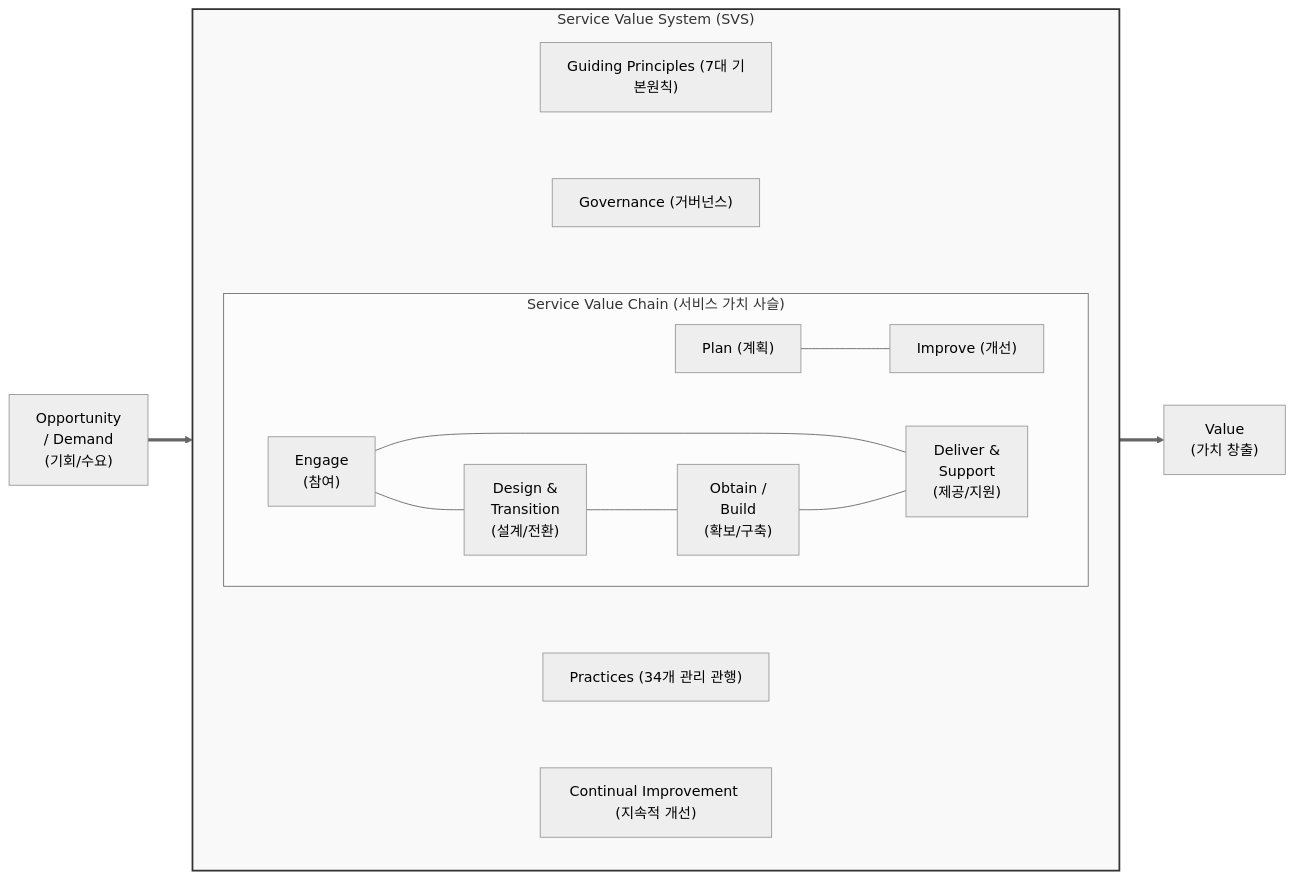
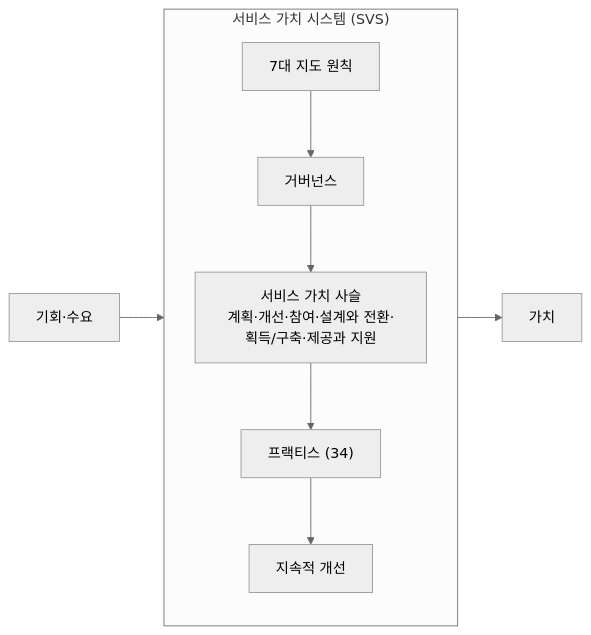
Before and after one commit to supremethumb/supremethumb.github.io: the diagram in content/01_IT Tech/ITIL(IT Infrastructure Library) 4.0.md, drawn with Mermaid (neutral theme). The commit also changed other lines of this file and 1087 other files, not shown here.

````diff
--- a/content/01_IT Tech/ITIL(IT Infrastructure Library) 4.0.md
+++ b/content/01_IT Tech/ITIL(IT Infrastructure Library) 4.0.md
@@ -23,41 +35,10 @@
 ```mermaid
 flowchart LR
-    IN["Opportunity<br/>/ Demand<br/>(기회/수요)"]
-    
-    subgraph SVS["Service Value System (SVS)"]
+    IN["기회·수요"] --> SVS
+    subgraph SVS["서비스 가치 시스템 (SVS)"]
         direction TB
-        GP["Guiding Principles (7대 기본원칙)"]
-        GOV["Governance (거버넌스)"]
-        
-        subgraph SVC["Service Value Chain (서비스 가치 사슬)"]
-            direction LR
-            ENG["Engage<br/>(참여)"]
-            P["Plan (계획)"]
-            I["Improve (개선)"]
-            D["Design &<br/>Transition<br/>(설계/전환)"]
-            O["Obtain /<br/>Build<br/>(확보/구축)"]
-            DS["Deliver &<br/>Support<br/>(제공/지원)"]
-            
-            P --- I
-            ENG --- D
-            ENG --- DS
-            D --- O
-            O --- DS
-        end
-        
-        PR["Practices (34개 관리 관행)"]
-        CI["Continual Improvement (지속적 개선)"]
-        
-        GP ~~~ GOV
-        GOV ~~~ SVC
-        SVC ~~~ PR
-        PR ~~~ CI
+        GP["7대 지도 원칙"] --> GOV["거버넌스"] --> SVC["서비스 가치 사슬<br/>계획·개선·참여·설계와 전환·획득/구축·제공과 지원"]
+        SVC --> PR["프랙티스 (34)"] --> CI["지속적 개선"]
     end
-    
-    OUT["Value<br/>(가치 창출)"]
-    
-    IN ==> SVS ==> OUT
-    
-    style SVS fill:#f9f9f9,stroke:#333,stroke-width:2px
-
+    SVS --> OUT["가치"]
 ```
````
